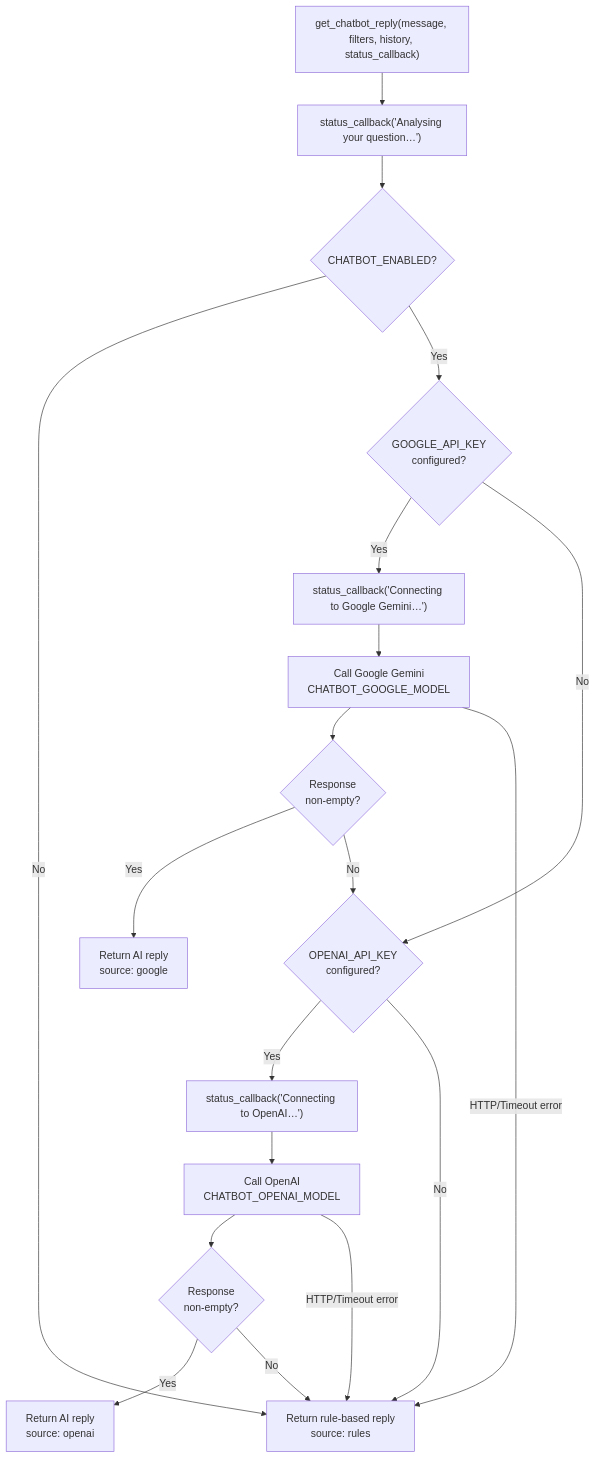
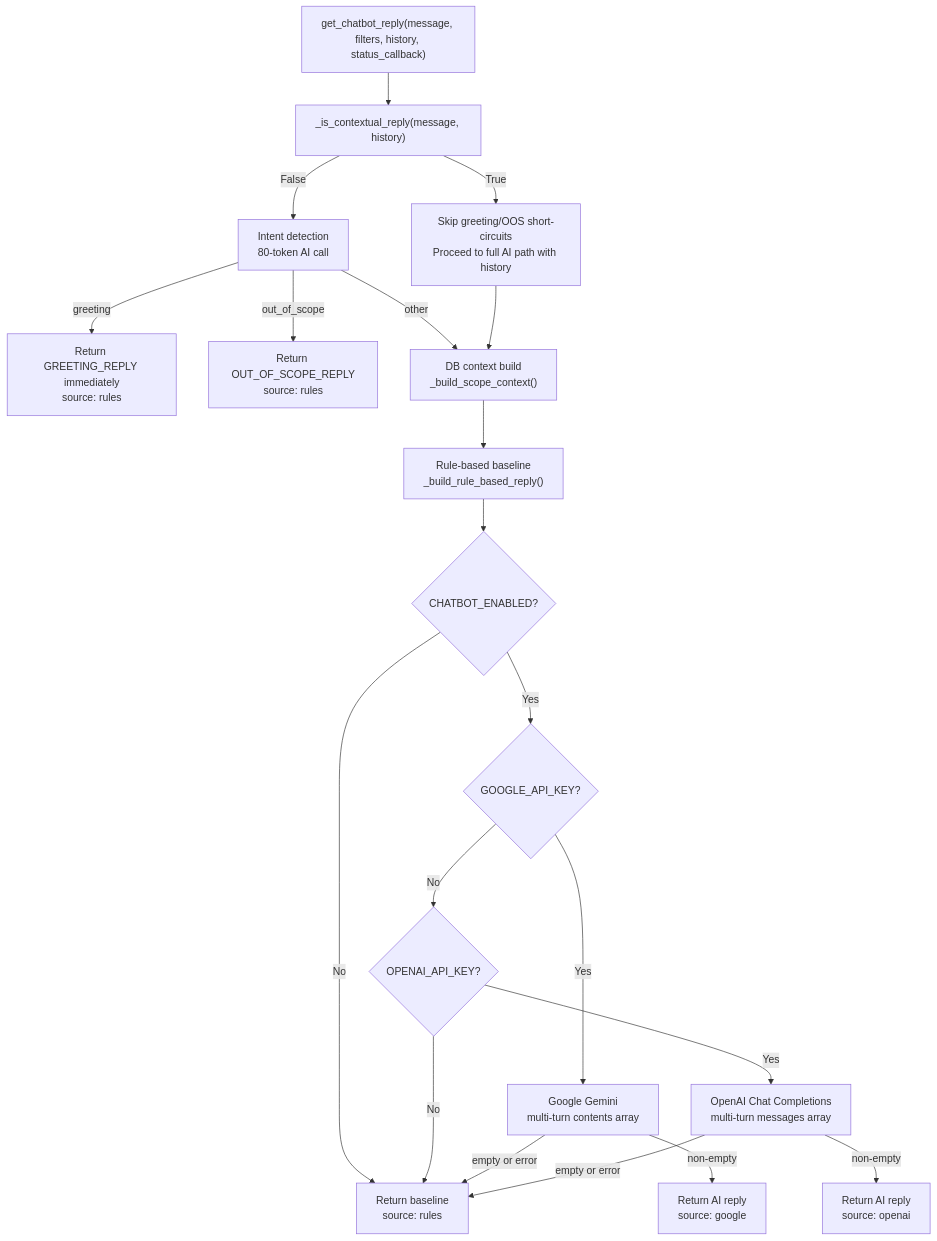
The fifth of 5 diagrams in docs/CHATBOT.md (SeanM04/register_platform), drawn with Mermaid before and after one commit. The commit also changed other lines of this file and 40 other files, not shown here.

````diff
--- a/docs/CHATBOT.md
+++ b/docs/CHATBOT.md
@@ -322,22 +352,23 @@
 ```mermaid
 flowchart TD
     START["get_chatbot_reply(message, filters, history, status_callback)"]
-    START --> EMIT1["status_callback('Analysing your question…')"]
-    EMIT1 --> CHECK_EN{CHATBOT_ENABLED?}
-    CHECK_EN -->|No| RULES["Return rule-based reply\nsource: rules"]
-    CHECK_EN -->|Yes| CHECK_G{GOOGLE_API_KEY\nconfigured?}
-    CHECK_G -->|Yes| EMIT2["status_callback('Connecting to Google Gemini…')"]
-    EMIT2 --> GOOGLE["Call Google Gemini\nCHATBOT_GOOGLE_MODEL"]
-    GOOGLE --> GEMINI_OK{Response\nnon-empty?}
-    GEMINI_OK -->|Yes| AI_REPLY["Return AI reply\nsource: google"]
-    GEMINI_OK -->|No| CHECK_O
-    CHECK_G -->|No| CHECK_O{OPENAI_API_KEY\nconfigured?}
-    CHECK_O -->|Yes| EMIT3["status_callback('Connecting to OpenAI…')"]
-    EMIT3 --> OPENAI["Call OpenAI\nCHATBOT_OPENAI_MODEL"]
-    OPENAI --> OAI_OK{Response\nnon-empty?}
-    OAI_OK -->|Yes| OAI_REPLY["Return AI reply\nsource: openai"]
-    OAI_OK -->|No| RULES
+    START --> CTX["_is_contextual_reply(message, history)"]
+    CTX -->|True| SKIP["Skip greeting/OOS short-circuits\nProceed to full AI path with history"]
+    CTX -->|False| INTENT["Intent detection\n80-token AI call"]
+    INTENT -->|greeting| GREET["Return GREETING_REPLY immediately\nsource: rules"]
+    INTENT -->|out_of_scope| OOS["Return OUT_OF_SCOPE_REPLY\nsource: rules"]
+    INTENT -->|other| DB
+    SKIP --> DB["DB context build\n_build_scope_context()"]
+    DB --> BASELINE["Rule-based baseline\n_build_rule_based_reply()"]
+    BASELINE --> CHECK_EN{CHATBOT_ENABLED?}
+    CHECK_EN -->|No| RULES["Return baseline\nsource: rules"]
+    CHECK_EN -->|Yes| CHECK_G{GOOGLE_API_KEY?}
+    CHECK_G -->|Yes| GOOGLE["Google Gemini\nmulti-turn contents array"]
+    CHECK_G -->|No| CHECK_O{OPENAI_API_KEY?}
+    CHECK_O -->|Yes| OPENAI["OpenAI Chat Completions\nmulti-turn messages array"]
     CHECK_O -->|No| RULES
-    GOOGLE -->|HTTP/Timeout error| RULES
-    OPENAI -->|HTTP/Timeout error| RULES
+    GOOGLE -->|non-empty| AI_REPLY["Return AI reply\nsource: google"]
+    OPENAI -->|non-empty| OAI_REPLY["Return AI reply\nsource: openai"]
+    GOOGLE -->|empty or error| RULES
+    OPENAI -->|empty or error| RULES
 ```
````
